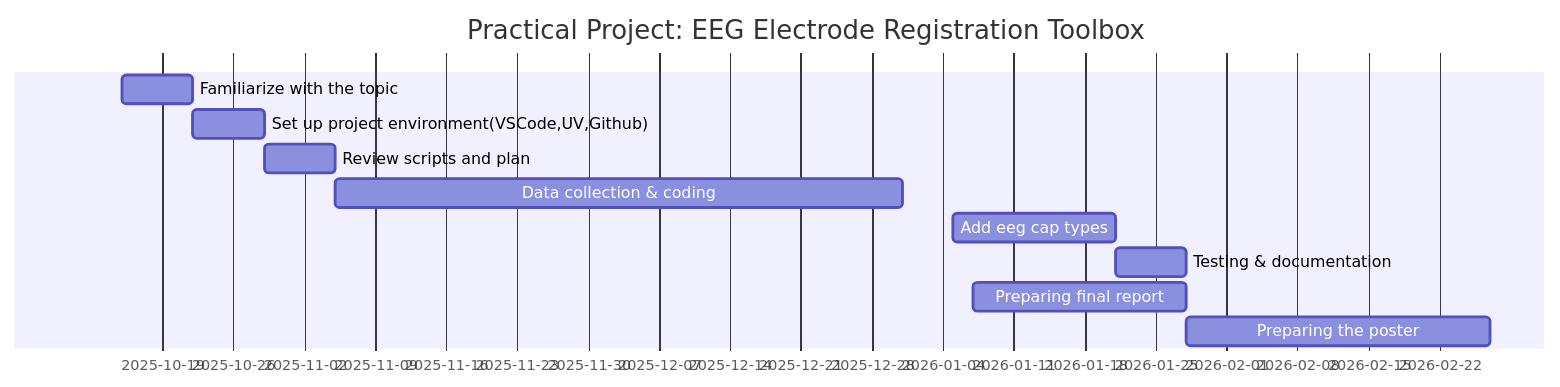
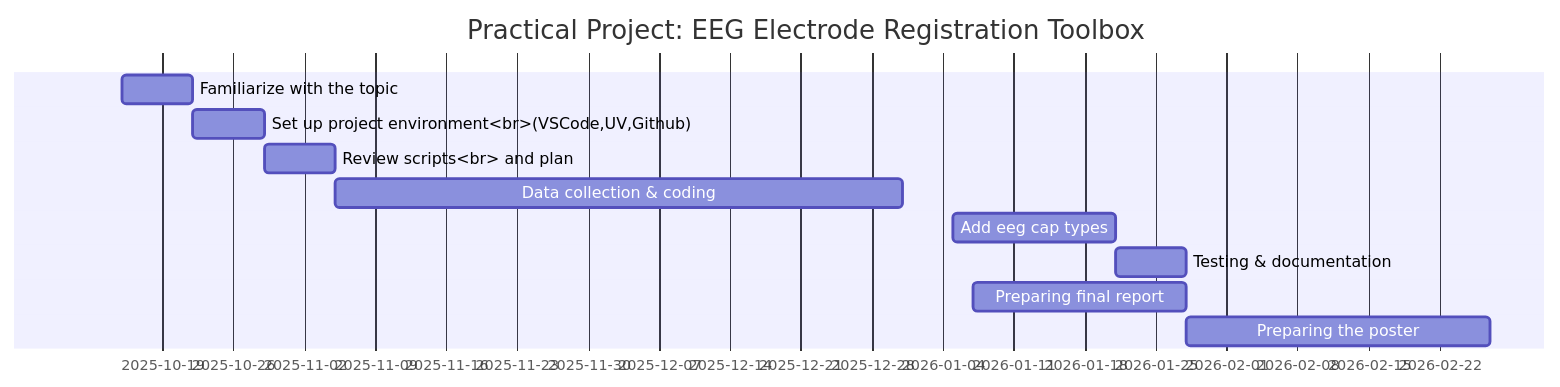
One commit to evrim06/video-eeg-electrode-registration changed the diagram in README.md. Above: the diagram before and after it, drawn with Mermaid.

````diff
--- a/README.md
+++ b/README.md
@@ -9,14 +9,14 @@
 ```mermaid
 gantt
     title Practical Project: EEG Electrode Registration Toolbox
     dateFormat YYYY-MM-DD
     Familiarize with the topic:2025-10-15,2025-10-22
-    Set up project environment(VSCode,UV,Github):2025-10-22,2025-10-29
-    Review scripts and plan:2025-10-29,2025-11-05
+    Set up project environment<br>(VSCode,UV,Github):2025-10-22,2025-10-29
+    Review scripts<br> and plan:2025-10-29,2025-11-05
     Data collection & coding:2025-11-05,2025-12-31
     Add eeg cap types:2026-01-05,2026-01-21
     Testing & documentation: 2026-01-21,2026-01-28
     Preparing final report:2026-01-07,2026-01-28
     Preparing the poster:2026-01-28,2026-02-27
 
 ```
````
